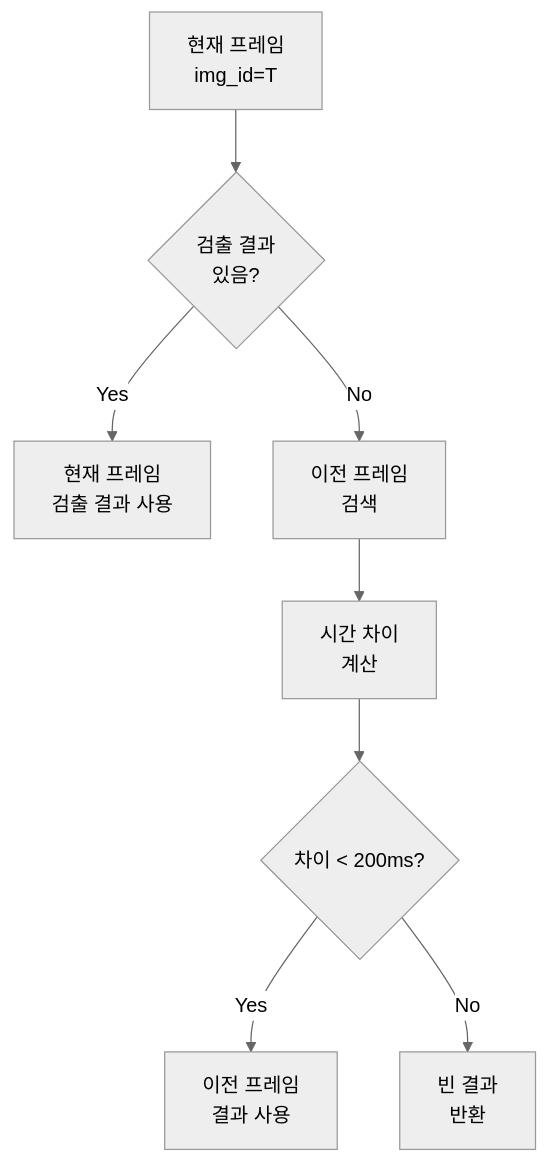
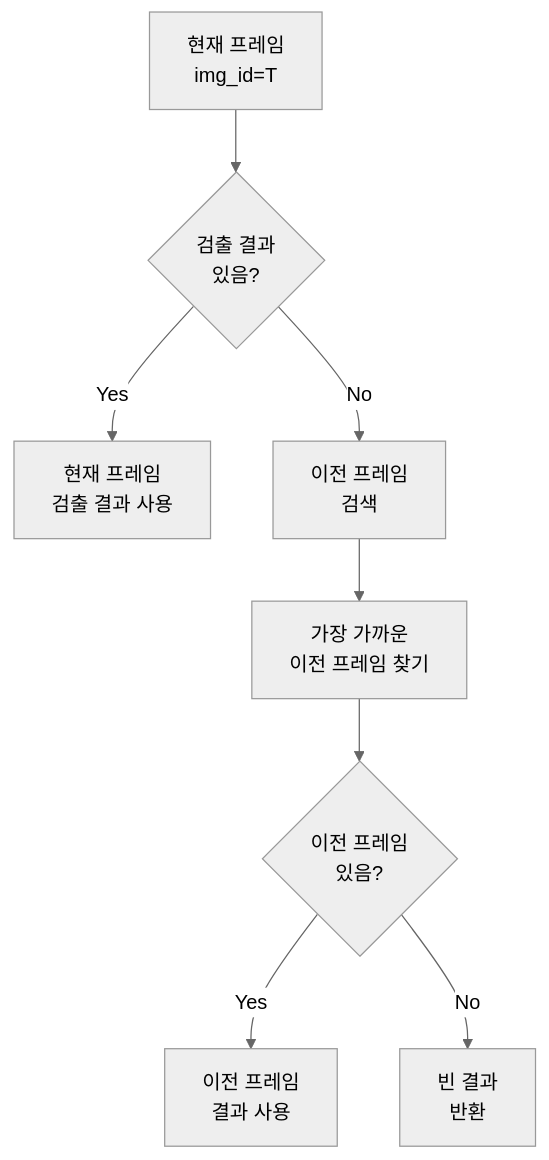
Before and after one commit to heyjay1002/project-deeplearning-falcon: the third of 3 diagrams in server/docs/detection_buffer_guide.md, drawn with Mermaid (neutral theme). The commit also changed other lines of this file and 19 other files, not shown here.

````diff
--- a/server/docs/detection_buffer_guide.md
+++ b/server/docs/detection_buffer_guide.md
@@ -168,10 +173,10 @@
 ```mermaid
 graph TD
     A[현재 프레임<br/>img_id=T] --> B{검출 결과<br/>있음?}
     B -->|Yes| C[현재 프레임<br/>검출 결과 사용]
     B -->|No| D[이전 프레임<br/>검색]
-    D --> E[시간 차이<br/>계산]
-    E --> F{차이 < 200ms?}
+    D --> E[가장 가까운<br/>이전 프레임 찾기]
+    E --> F{이전 프레임<br/>있음?}
     F -->|Yes| G[이전 프레임<br/>결과 사용]
     F -->|No| H[빈 결과<br/>반환]
 ```
````
